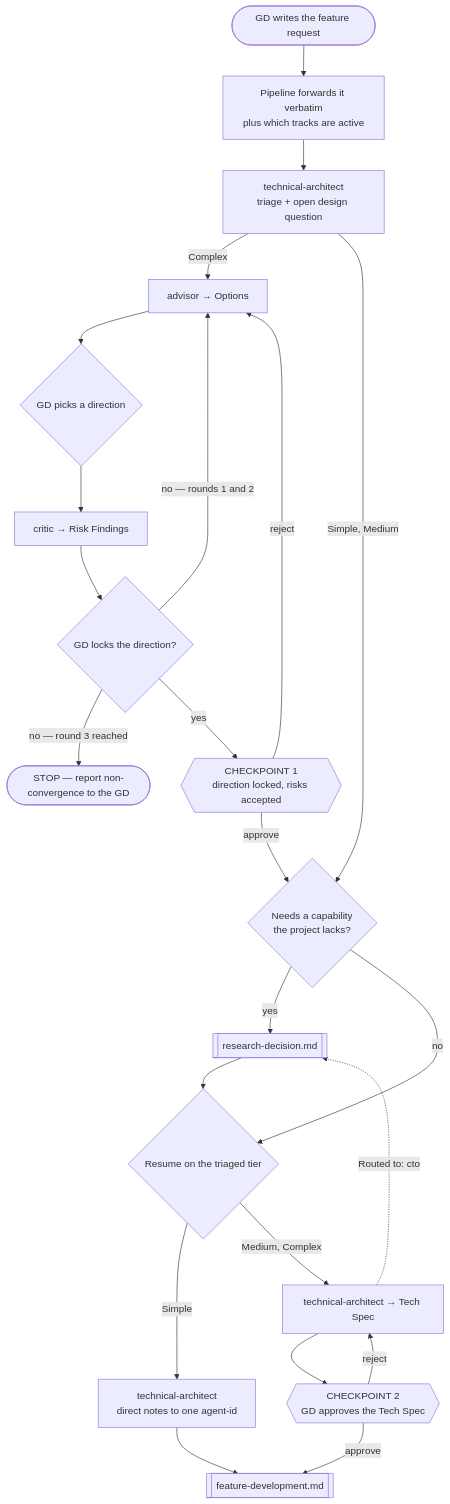
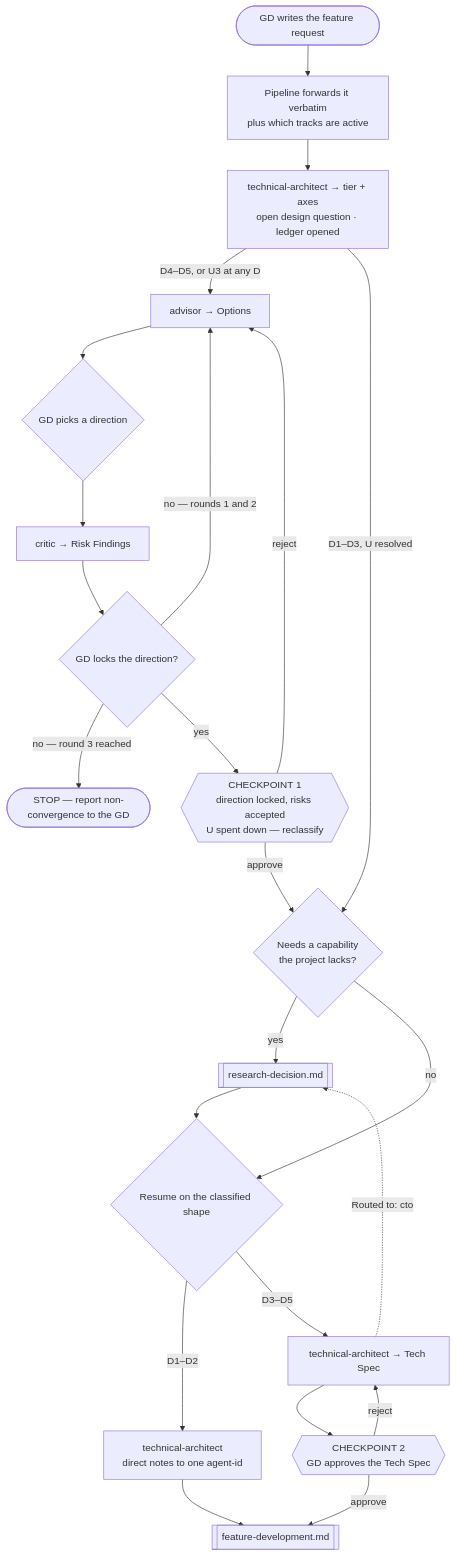
One commit to PhuNguyen182/AI-For-Game-Development changed the diagram in .claude/workflows/feature-intake.md. Above: the diagram before and after it, drawn with Mermaid. The commit also changed other lines of this file and 3 other files, not shown here.

````diff
--- a/.claude/workflows/feature-intake.md
+++ b/.claude/workflows/feature-intake.md
@@ -24,31 +29,31 @@
 ```mermaid
 flowchart TD
     GD([GD writes the feature request]) --> Fwd[Pipeline forwards it verbatim<br/>plus which tracks are active]
-    Fwd --> Triage[technical-architect<br/>triage + open design question]
+    Fwd --> Classify[technical-architect → tier + axes<br/>open design question · ledger opened]
 
-    Triage -->|Complex| Advisor[advisor → Options]
-    Triage -->|"Simple, Medium"| Research
+    Classify -->|"D4–D5, or U3 at any D"| Advisor[advisor → Options]
+    Classify -->|"D1–D3, U resolved"| Research
 
     Advisor --> Pick{GD picks a direction}
     Pick --> Critic[critic → Risk Findings]
     Critic --> Lock{GD locks the direction?}
     Lock -->|"no — rounds 1 and 2"| Advisor
     Lock -->|"no — round 3 reached"| Stop([STOP — report non-convergence to the GD])
-    Lock -->|yes| CP1{{CHECKPOINT 1<br/>direction locked, risks accepted}}
+    Lock -->|yes| CP1{{CHECKPOINT 1<br/>direction locked, risks accepted<br/>U spent down — reclassify}}
 
     CP1 -->|reject| Advisor
     CP1 -->|approve| Research
 
     Research{Needs a capability<br/>the project lacks?} -->|yes| RD[[research-decision.md]]
-    Research -->|no| Resume{Resume on the triaged tier}
+    Research -->|no| Resume{Resume on the classified shape}
     RD --> Resume
 
-    Resume -->|Simple| Notes[technical-architect<br/>direct notes to one agent-id]
-    Resume -->|"Medium, Complex"| Spec[technical-architect → Tech Spec]
+    Resume -->|"D1–D2"| Notes[technical-architect<br/>direct notes to one agent-id]
+    Resume -->|"D3–D5"| Spec[technical-architect → Tech Spec]
 
     Spec -.->|"Routed to: cto"| RD
     Spec --> CP2{{CHECKPOINT 2<br/>GD approves the Tech Spec}}
     CP2 -->|reject| Spec
     CP2 -->|approve| Dev[[feature-development.md]]
     Notes --> Dev
 ```
````
